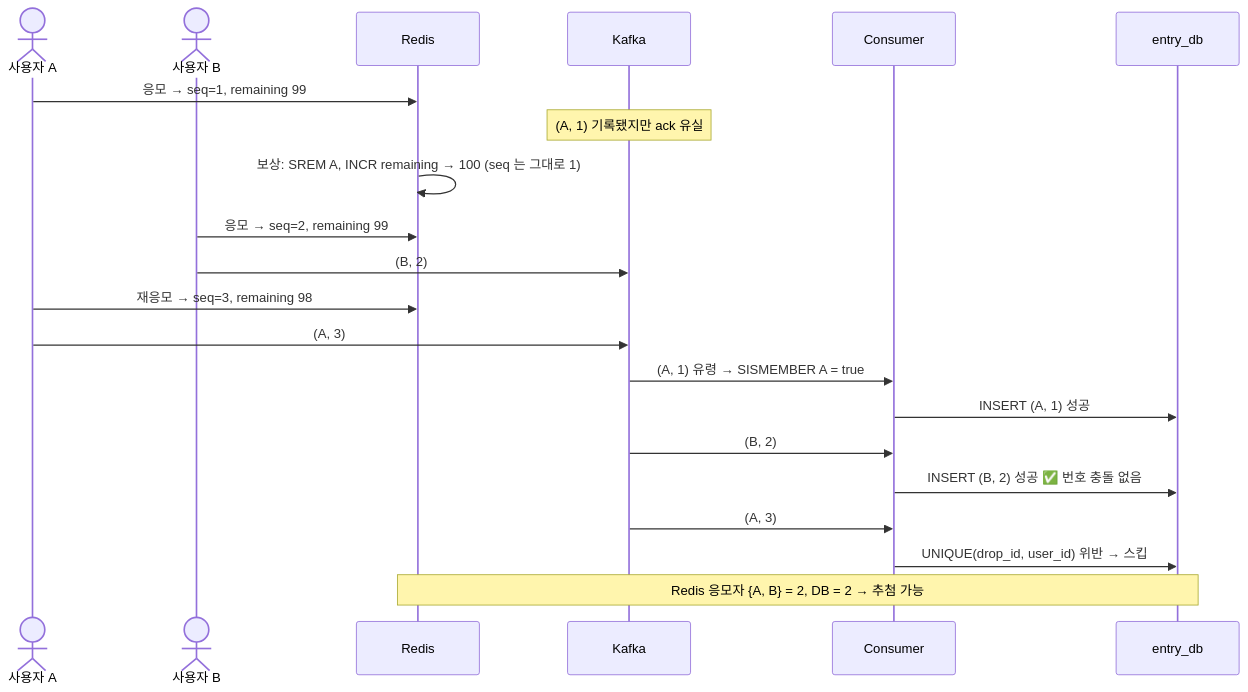
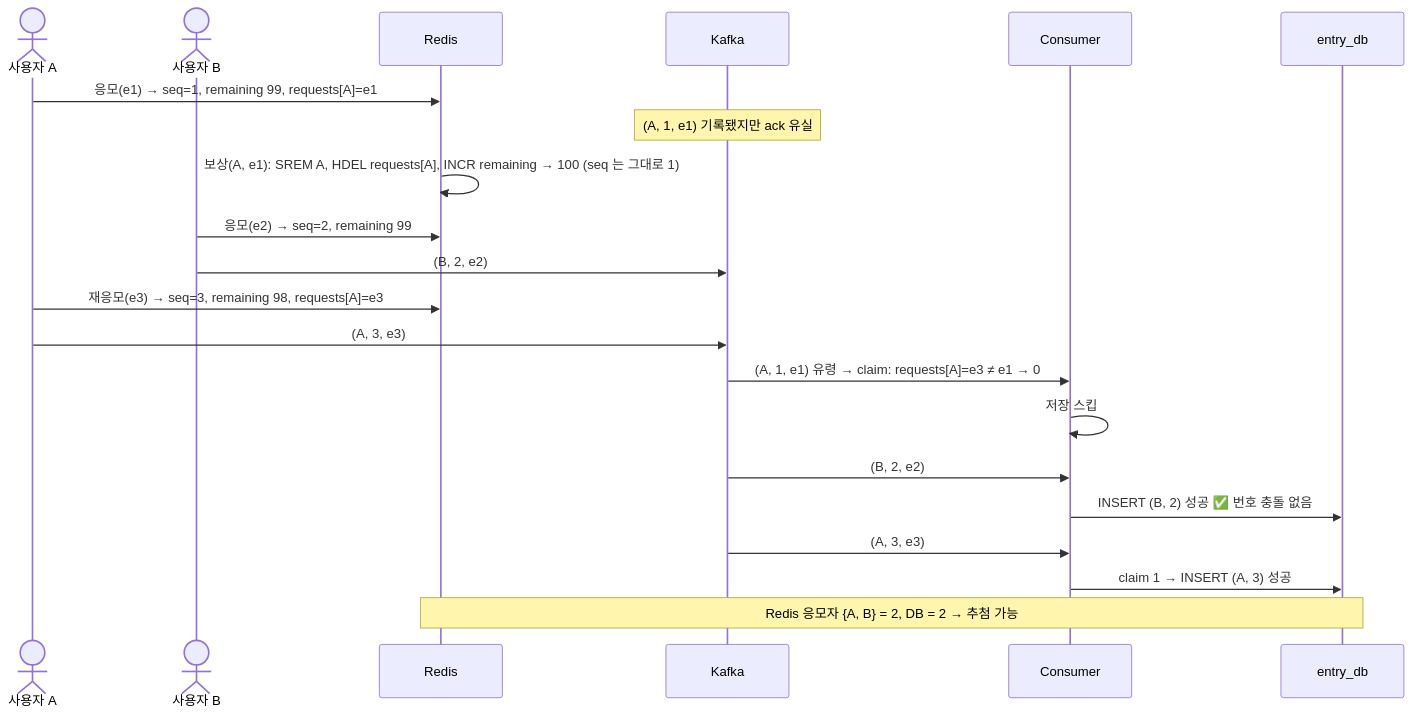
One commit to dd-jiny/queue-drop changed the ninth of 12 diagrams in docs/design/08-sequence-diagram/sequence-diagram.md. Above: the diagram before and after it, drawn with Mermaid. The commit also changed other lines of this file and 8 other files, not shown here.

````diff
--- a/docs/design/08-sequence-diagram/sequence-diagram.md
+++ b/docs/design/08-sequence-diagram/sequence-diagram.md
@@ -337,24 +368,24 @@
 ```mermaid
 sequenceDiagram
     actor A as 사용자 A
     actor B as 사용자 B
     participant R as Redis
     participant K as Kafka
     participant C as Consumer
     participant DB as entry_db
 
-    A->>R: 응모 → seq=1, remaining 99
-    Note over K: (A, 1) 기록됐지만 ack 유실
-    R->>R: 보상: SREM A, INCR remaining → 100 (seq 는 그대로 1)
-    B->>R: 응모 → seq=2, remaining 99
-    B->>K: (B, 2)
-    A->>R: 재응모 → seq=3, remaining 98
-    A->>K: (A, 3)
-    K->>C: (A, 1) 유령 → SISMEMBER A = true
-    C->>DB: INSERT (A, 1) 성공
-    K->>C: (B, 2)
+    A->>R: 응모(e1) → seq=1, remaining 99, requests[A]=e1
+    Note over K: (A, 1, e1) 기록됐지만 ack 유실
+    R->>R: 보상(A, e1): SREM A, HDEL requests[A], INCR remaining → 100 (seq 는 그대로 1)
+    B->>R: 응모(e2) → seq=2, remaining 99
+    B->>K: (B, 2, e2)
+    A->>R: 재응모(e3) → seq=3, remaining 98, requests[A]=e3
+    A->>K: (A, 3, e3)
+    K->>C: (A, 1, e1) 유령 → claim: requests[A]=e3 ≠ e1 → 0
+    C->>C: 저장 스킵
+    K->>C: (B, 2, e2)
     C->>DB: INSERT (B, 2) 성공 ✅ 번호 충돌 없음
-    K->>C: (A, 3)
-    C->>DB: UNIQUE(drop_id, user_id) 위반 → 스킵
+    K->>C: (A, 3, e3)
+    C->>DB: claim 1 → INSERT (A, 3) 성공
     Note over R,DB: Redis 응모자 {A, B} = 2, DB = 2 → 추첨 가능
 ```
````
